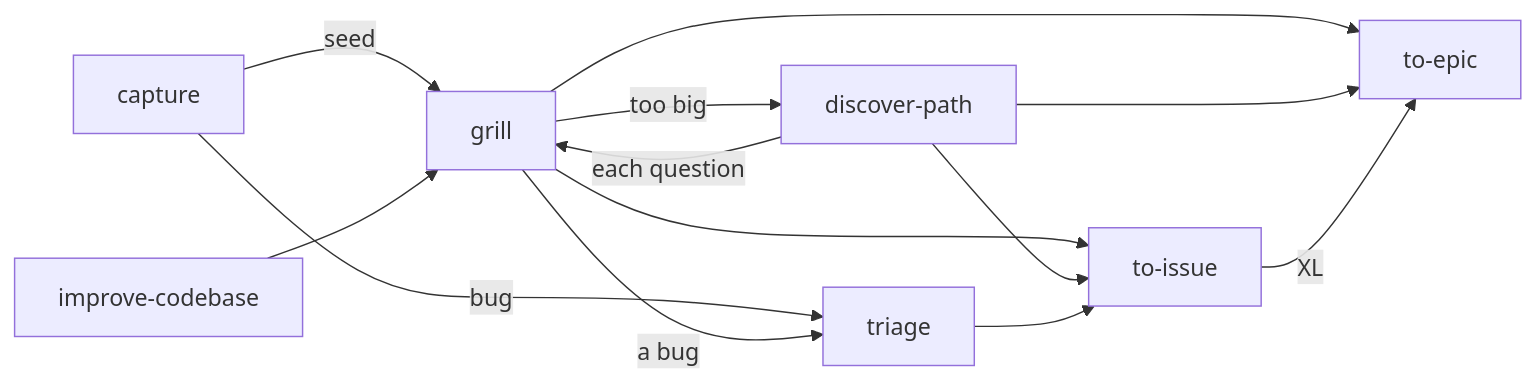
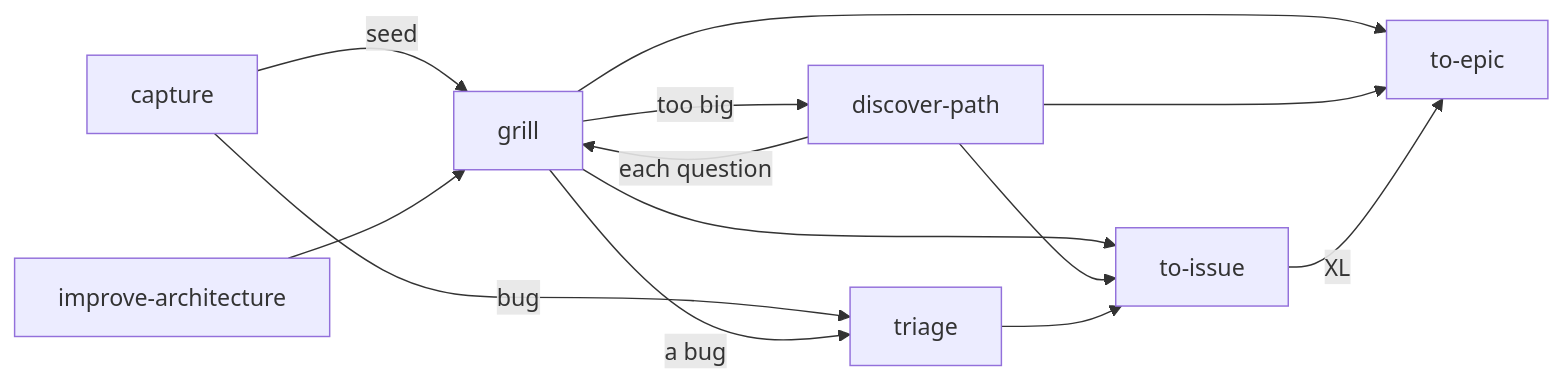
Before and after one commit to linhvu0711/skills: the first of 2 diagrams in README.md, drawn with Mermaid. The commit also changed other lines of this file and 17 other files, not shown here.

First line of the commit message:
refactor(improve-architecture): rename the improve-codebase skill

````diff
--- a/README.md
+++ b/README.md
@@ -11,15 +11,15 @@
 ```mermaid
 flowchart LR
   capture -->|seed| grill
   capture -->|bug| triage
-  improve[improve-codebase] --> grill
+  improve[improve-architecture] --> grill
   grill -->|a bug| triage
   grill -->|too big| discover[discover-path]
   discover -->|each question| grill
   grill --> toissue[to-issue]
   grill --> toepic[to-epic]
   discover --> toissue
   discover --> toepic
   triage --> toissue
   toissue -->|XL| toepic
 ```
````
